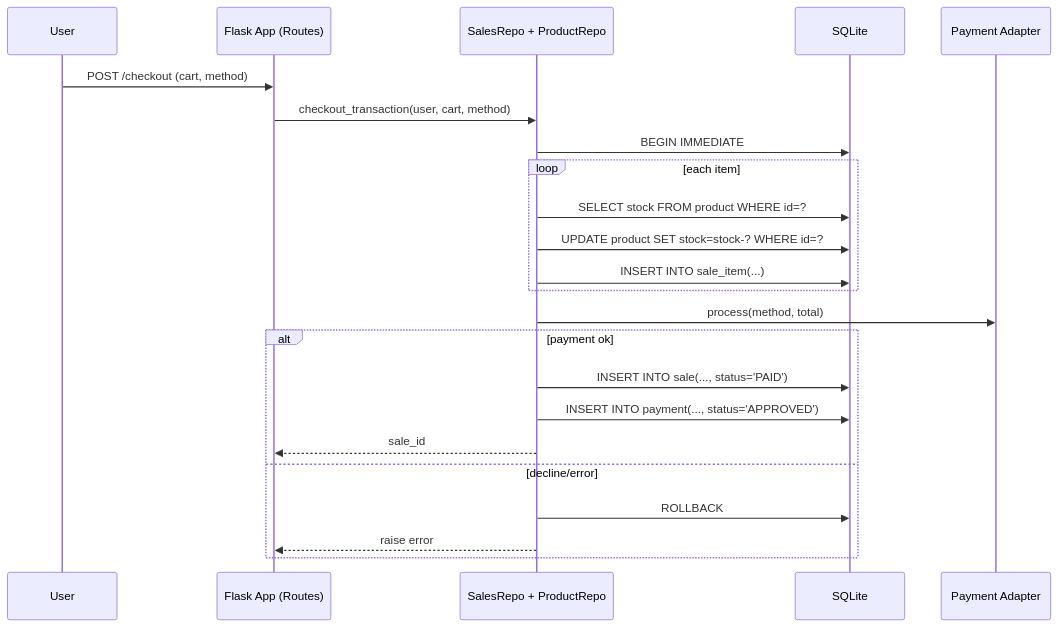
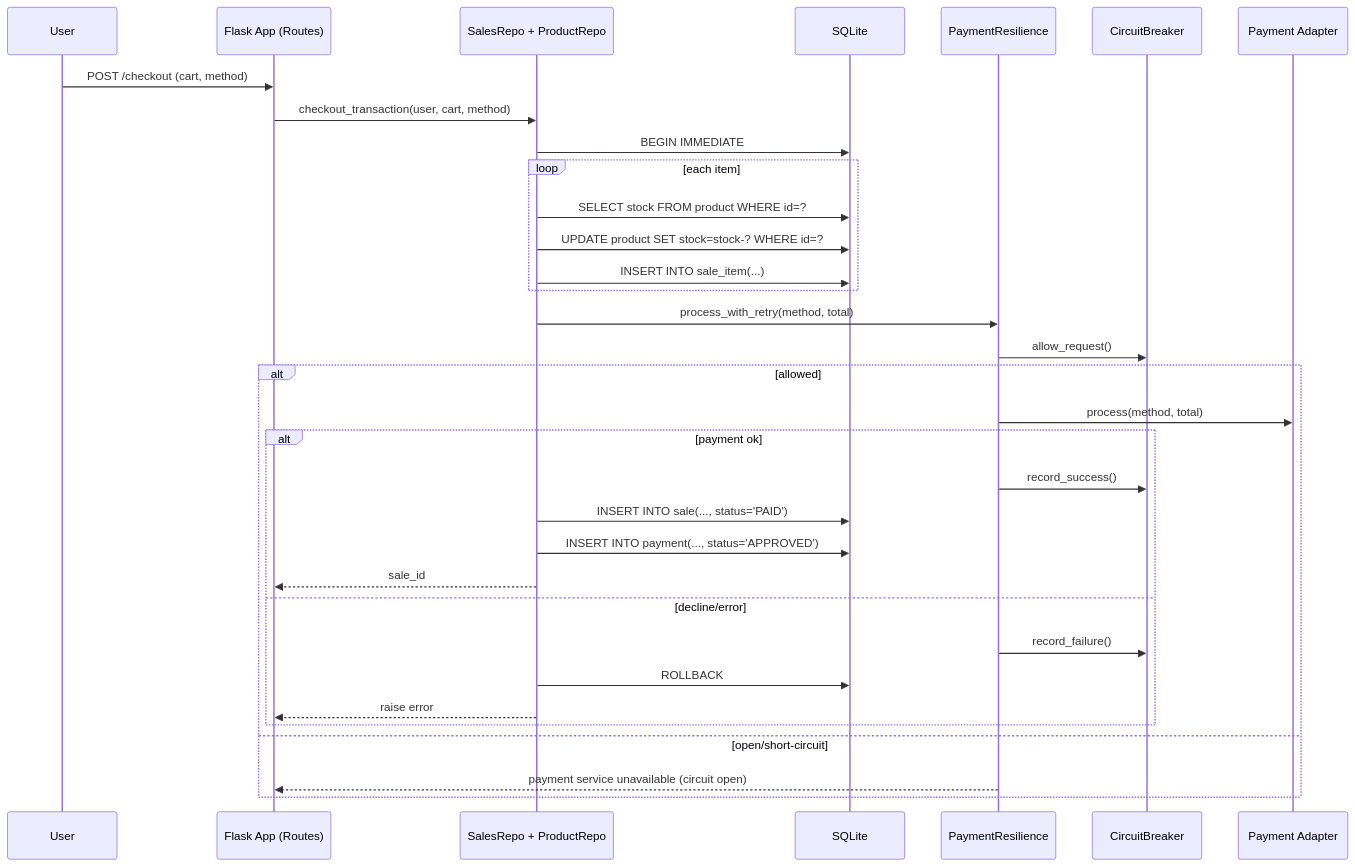
One commit to PC1-23/Checkpoint2 changed the second of 6 diagrams in docs/UML/uml_views.md. Above: the diagram before and after it, drawn with Mermaid. The commit also changed other lines of this file, not shown here.

````diff
--- a/docs/UML/uml_views.md
+++ b/docs/UML/uml_views.md
@@ -32,26 +77,36 @@
 ```mermaid
 sequenceDiagram
   participant U as User
   participant A as Flask App (Routes)
   participant R as SalesRepo + ProductRepo
   participant DB as SQLite
+  participant PR as PaymentResilience
+  participant CB as CircuitBreaker
   participant P as Payment Adapter
 
   U->>A: POST /checkout (cart, method)
   A->>R: checkout_transaction(user, cart, method)
   R->>DB: BEGIN IMMEDIATE
   loop each item
     R->>DB: SELECT stock FROM product WHERE id=?
     R->>DB: UPDATE product SET stock=stock-? WHERE id=?
     R->>DB: INSERT INTO sale_item(...)
   end
-  R->>P: process(method, total)
-  alt payment ok
-    R->>DB: INSERT INTO sale(..., status='PAID')
-    R->>DB: INSERT INTO payment(..., status='APPROVED')
-    R-->>A: sale_id
-  else decline/error
-    R->>DB: ROLLBACK
-    R-->>A: raise error
+  R->>PR: process_with_retry(method, total)
+  PR->>CB: allow_request()
+  alt allowed
+    PR->>P: process(method, total)
+    alt payment ok
+      PR->>CB: record_success()
+      R->>DB: INSERT INTO sale(..., status='PAID')
+      R->>DB: INSERT INTO payment(..., status='APPROVED')
+      R-->>A: sale_id
+    else decline/error
+      PR->>CB: record_failure()
+      R->>DB: ROLLBACK
+      R-->>A: raise error
+    end
+  else open/short-circuit
+    PR-->>A: payment service unavailable (circuit open)
   end
 ```
````
